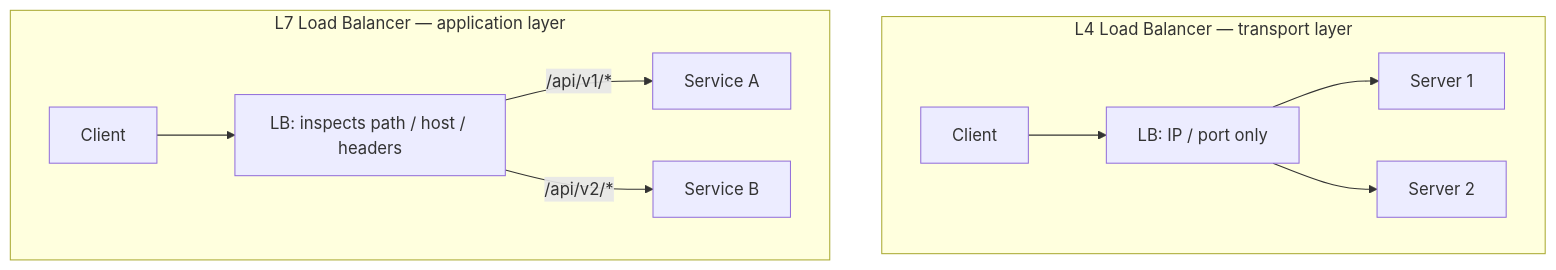
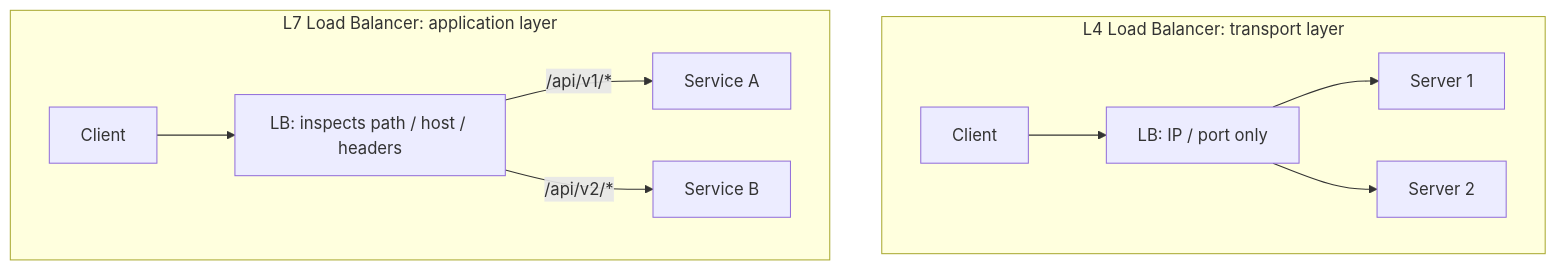
The fourth of 22 diagrams in content/interview/interview-prep-databases-systems.md (josuebrunel/josuebrunel.github.io), drawn with Mermaid before and after one commit. The commit also changed other lines of this file and 6 other files, not shown here.

````diff
--- a/content/interview/interview-prep-databases-systems.md
+++ b/content/interview/interview-prep-databases-systems.md
@@ -188,13 +377,13 @@
 ```mermaid
 graph TD
-    subgraph "L4 Load Balancer — transport layer"
+    subgraph "L4 Load Balancer: transport layer"
     C1[Client] --> LB1["LB: IP / port only"]
     LB1 --> S1[Server 1]
     LB1 --> S2[Server 2]
     end
-    subgraph "L7 Load Balancer — application layer"
+    subgraph "L7 Load Balancer: application layer"
     C2[Client] --> LB2["LB: inspects path / host / headers"]
     LB2 -->|"/api/v1/*"| SA[Service A]
     LB2 -->|"/api/v2/*"| SB[Service B]
     end
 ```
````
